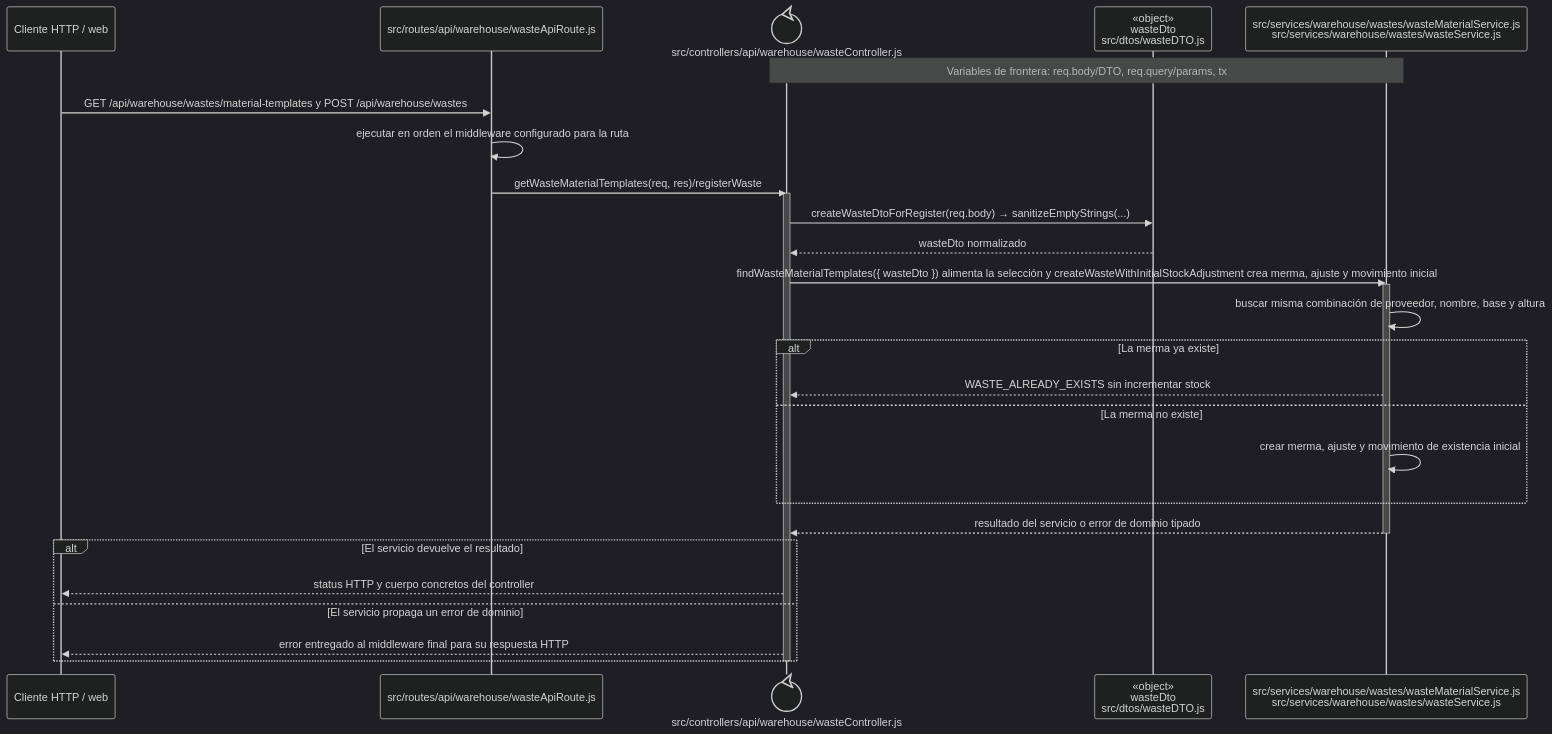
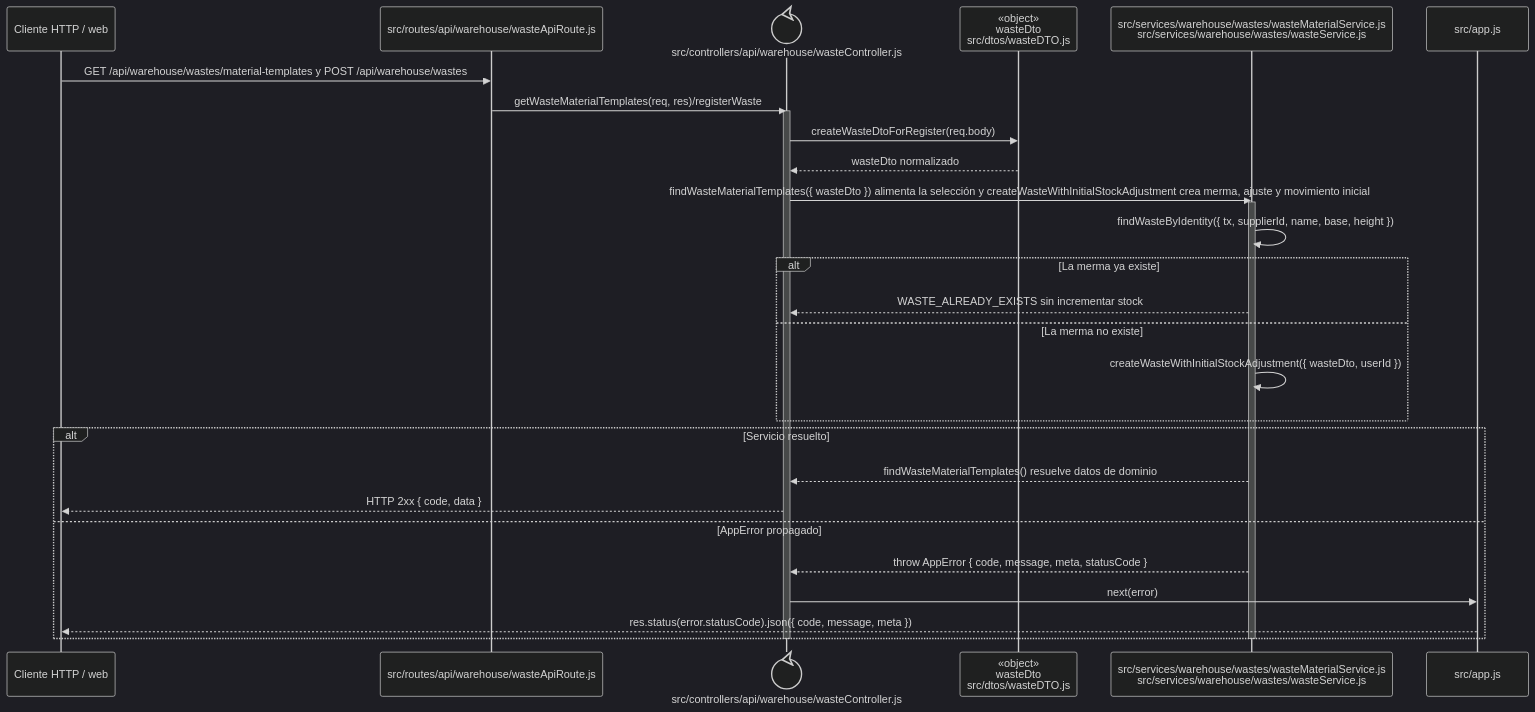
One commit to gpgsistemas01/nexus changed the diagram in docs/architecture/backend-code-sequences/catalogs/cu-alm-10.md. Above: the diagram before and after it, drawn with Mermaid (dark theme). The commit also changed 148 other files, not shown here.

````diff
--- a/docs/architecture/backend-code-sequences/catalogs/cu-alm-10.md
+++ b/docs/architecture/backend-code-sequences/catalogs/cu-alm-10.md
@@ -6,32 +6,33 @@
 ```mermaid
 sequenceDiagram
     participant Client as Cliente HTTP / web
     participant Route as src/routes/api/warehouse/wasteApiRoute.js
     participant Controller@{ "type": "control" } as src/controllers/api/warehouse/wasteController.js
     participant WasteDto as «object»<br/>wasteDto<br/>src/dtos/wasteDTO.js
     participant Domain as src/services/warehouse/wastes/wasteMaterialService.js<br/>src/services/warehouse/wastes/wasteService.js
-    Note over Controller,Domain: Variables de frontera: req.body/DTO, req.query/params, tx
+    participant ErrorHandler as src/app.js
 
     Client->>Route: GET /api/warehouse/wastes/material-templates y POST /api/warehouse/wastes
-    Route->>Route: ejecutar en orden el middleware configurado para la ruta
     Route->>Controller: getWasteMaterialTemplates(req, res)/registerWaste
     activate Controller
-    Controller->>WasteDto: createWasteDtoForRegister(req.body) → sanitizeEmptyStrings(...)
+    Controller->>WasteDto: createWasteDtoForRegister(req.body)
     WasteDto-->>Controller: wasteDto normalizado
     Controller->>Domain: findWasteMaterialTemplates({ wasteDto }) alimenta la selección y createWasteWithInitialStockAdjustment crea merma, ajuste y movimiento inicial
     activate Domain
-    Domain->>Domain: buscar misma combinación de proveedor, nombre, base y altura
+    Domain->>Domain: findWasteByIdentity({ tx, supplierId, name, base, height })
     alt La merma ya existe
         Domain-->>Controller: WASTE_ALREADY_EXISTS sin incrementar stock
     else La merma no existe
-        Domain->>Domain: crear merma, ajuste y movimiento de existencia inicial
+        Domain->>Domain: createWasteWithInitialStockAdjustment({ wasteDto, userId })
     end
-    Domain-->>Controller: resultado del servicio o error de dominio tipado
+    alt Servicio resuelto
+        Domain-->>Controller: findWasteMaterialTemplates() resuelve datos de dominio
+        Controller-->>Client: HTTP 2xx { code, data }
+    else AppError propagado
+        Domain-->>Controller: throw AppError { code, message, meta, statusCode }
+        Controller->>ErrorHandler: next(error)
+        ErrorHandler-->>Client: res.status(error.statusCode).json({ code, message, meta })
+    end
     deactivate Domain
-    alt El servicio devuelve el resultado
-        Controller-->>Client: status HTTP y cuerpo concretos del controller
-    else El servicio propaga un error de dominio
-        Controller-->>Client: error entregado al middleware final para su respuesta HTTP
-    end
     deactivate Controller
 ```
````
